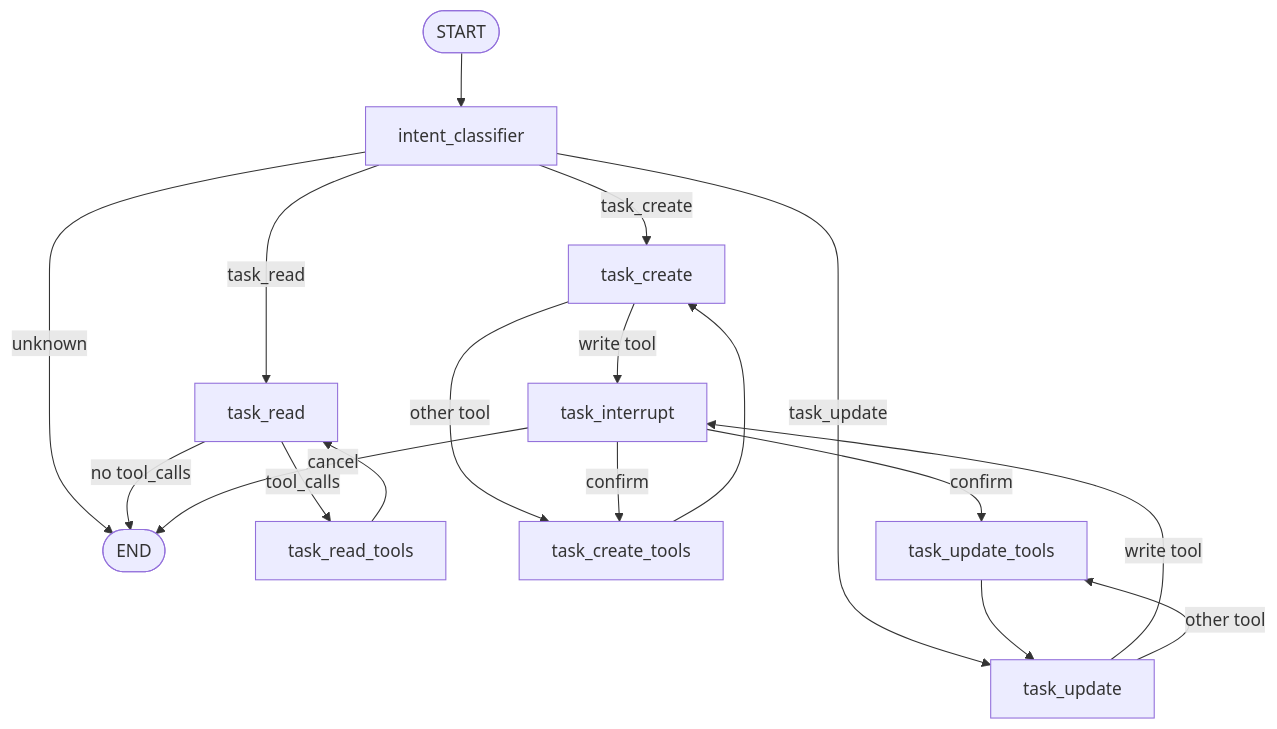
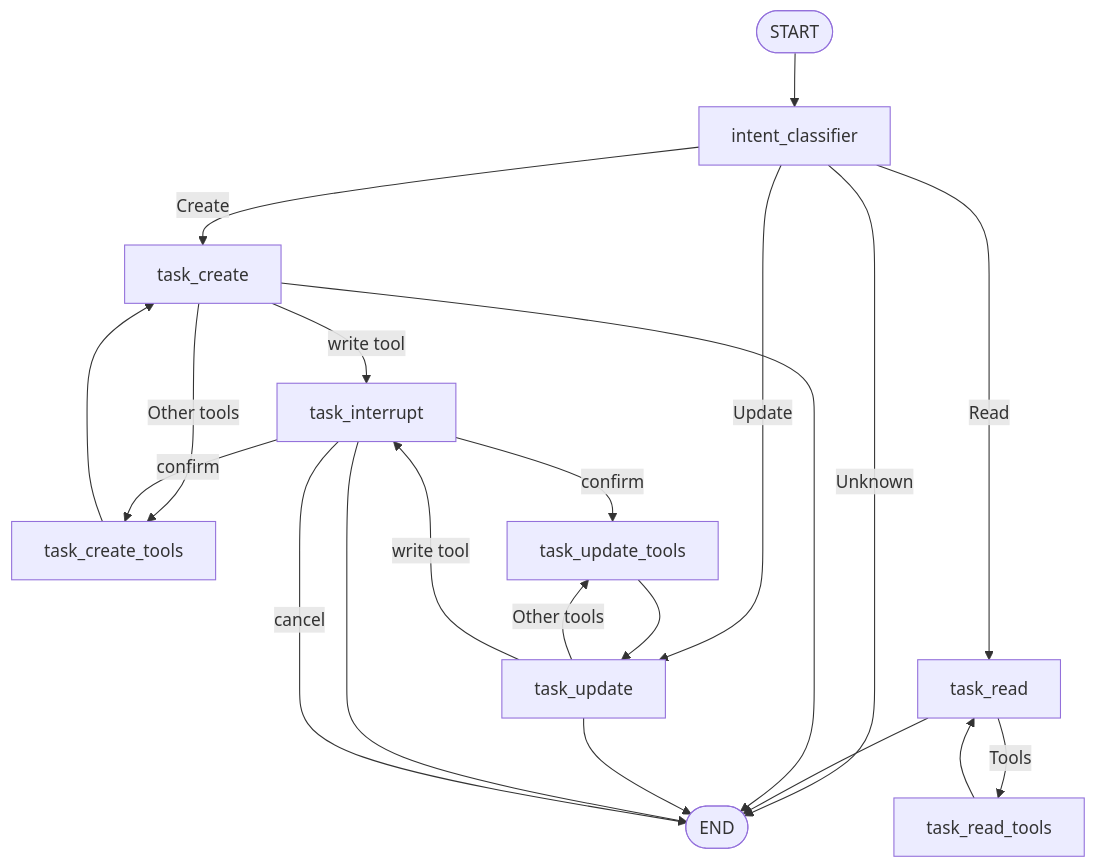
The diagram in docs/graph.md (Eisler18/assistant_agent), drawn with Mermaid before and after one commit. The commit also changed other lines of this file, not shown here.

Commit message:
Improve flowchart

````diff
--- a/docs/graph.md
+++ b/docs/graph.md
@@ -11,24 +11,33 @@
 ```mermaid
 flowchart TD
-  START([START]) --> intent_classifier[intent_classifier]
-  intent_classifier -->|task_read| task_read[task_read]
-  intent_classifier -->|task_create| task_create[task_create]
-  intent_classifier -->|task_update| task_update[task_update]
-  intent_classifier -->|unknown| END([END])
+  START([START]) --> intent_classifier
+  intent_classifier --Create --> task_create
+  intent_classifier --Update --> task_update
+  intent_classifier --Read --> task_read
+  intent_classifier --Unknown --> END
 
-  task_read -->|tool_calls| task_read_tools[task_read_tools]
-  task_read_tools --> task_read
-  task_read -->|no tool_calls| END
+  task_read --> END
+  task_create --> END
+  task_update --> END
+  task_interrupt --> END
 
-  task_create -->|write tool| task_interrupt[task_interrupt]
-  task_create -->|other tool| task_create_tools[task_create_tools]
-  task_create_tools --> task_create
+  task_read --Tools--> task_read_tools --> task_read
+  task_create --Other tools --> task_create_tools --> task_create
+  task_update --Other tools --> task_update_tools --> task_update
 
   task_update -->|write tool| task_interrupt
-  task_update -->|other tool| task_update_tools[task_update_tools]
-  task_update_tools --> task_update
-
+  task_create -->|write tool| task_interrupt
   task_interrupt -->|confirm| task_create_tools
   task_interrupt -->|confirm| task_update_tools
   task_interrupt -->|cancel| END
+
+  intent_classifier[intent_classifier]
+  task_read[task_read]
+  task_create[task_create]
+  task_update[task_update]
+  task_read_tools[task_read_tools]
+  task_create_tools[task_create_tools]
+  task_update_tools[task_update_tools]
+  task_interrupt[task_interrupt]
+  END([END])
 ```
````
